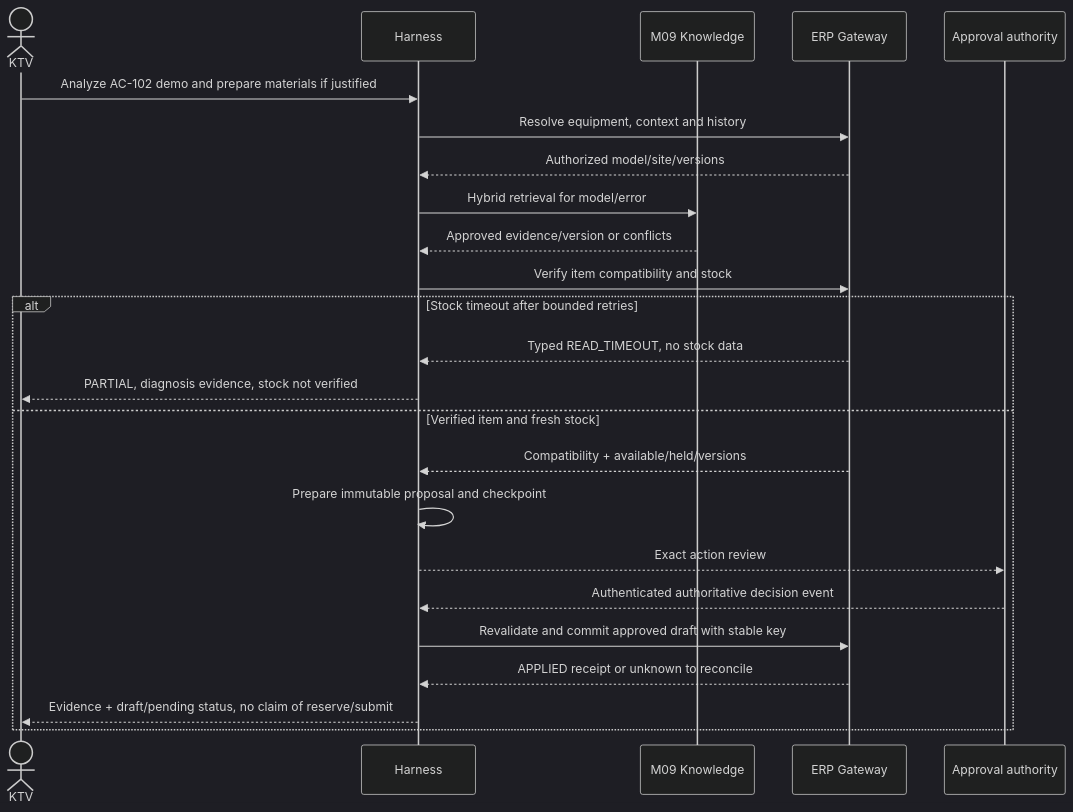
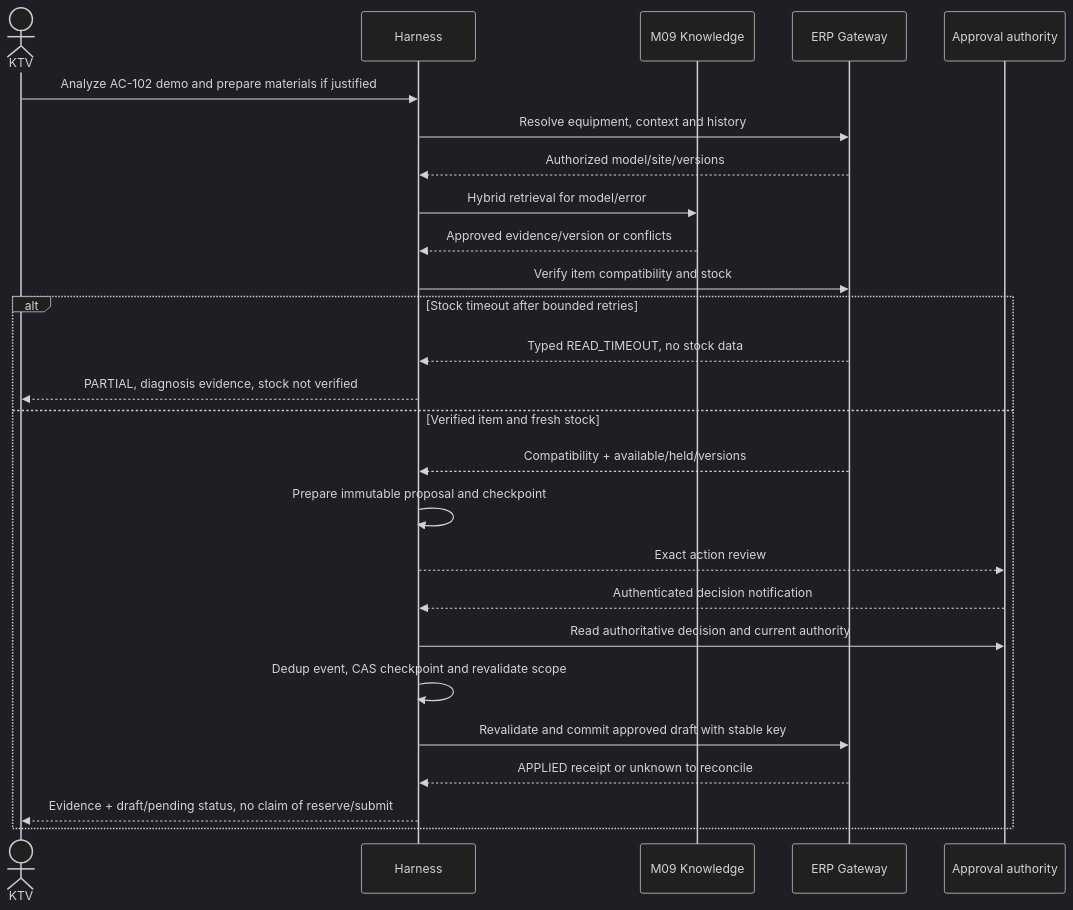
One commit to Baronger23/ERP.SmartHelpDesk changed the diagram in docs/design/ai_architecture/09_end_to_end_agent_scenarios.md. Above: the diagram before and after it, drawn with Mermaid (dark theme). The commit also changed 70 other files, not shown here.

````diff
--- a/docs/design/ai_architecture/09_end_to_end_agent_scenarios.md
+++ b/docs/design/ai_architecture/09_end_to_end_agent_scenarios.md
@@ -62,26 +62,28 @@
 ```mermaid
 sequenceDiagram
     actor U as KTV
     participant H as Harness
     participant K as M09 Knowledge
     participant T as ERP Gateway
     participant A as Approval authority
     U->>H: Analyze AC-102 demo and prepare materials if justified
     H->>T: Resolve equipment, context and history
     T-->>H: Authorized model/site/versions
     H->>K: Hybrid retrieval for model/error
     K-->>H: Approved evidence/version or conflicts
     H->>T: Verify item compatibility and stock
     alt Stock timeout after bounded retries
         T-->>H: Typed READ_TIMEOUT, no stock data
         H-->>U: PARTIAL, diagnosis evidence, stock not verified
     else Verified item and fresh stock
         T-->>H: Compatibility + available/held/versions
         H->>H: Prepare immutable proposal and checkpoint
         H-->>A: Exact action review
-        A-->>H: Authenticated authoritative decision event
+        A-->>H: Authenticated decision notification
+        H->>A: Read authoritative decision and current authority
+        H->>H: Dedup event, CAS checkpoint and revalidate scope
         H->>T: Revalidate and commit approved draft with stable key
         T-->>H: APPLIED receipt or unknown to reconcile
         H-->>U: Evidence + draft/pending status, no claim of reserve/submit
     end
 ```
````
